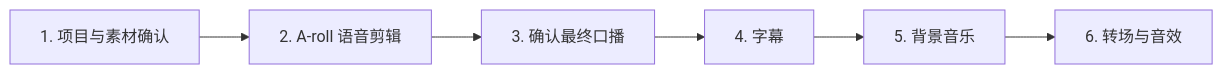
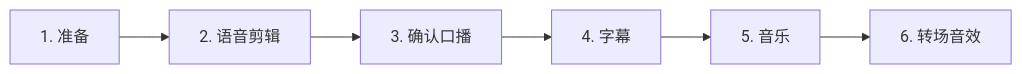
Before and after one commit to Iris-lover/xb-video-cut: the first of 2 diagrams in README.md, drawn with Mermaid. The commit also changed other lines of this file, not shown here.

Commit message:
Shorten workflow diagram labels

````diff
--- a/README.md
+++ b/README.md
@@ -31,8 +31,8 @@
 ```mermaid
 flowchart LR
-    A["1. 项目与素材确认"] --> B["2. A-roll 语音剪辑"]
-    B --> C["3. 确认最终口播"]
+    A["1. 准备"] --> B["2. 语音剪辑"]
+    B --> C["3. 确认口播"]
     C --> D["4. 字幕"]
-    D --> E["5. 背景音乐"]
-    E --> F["6. 转场与音效"]
+    D --> E["5. 音乐"]
+    E --> F["6. 转场音效"]
 ```
````
